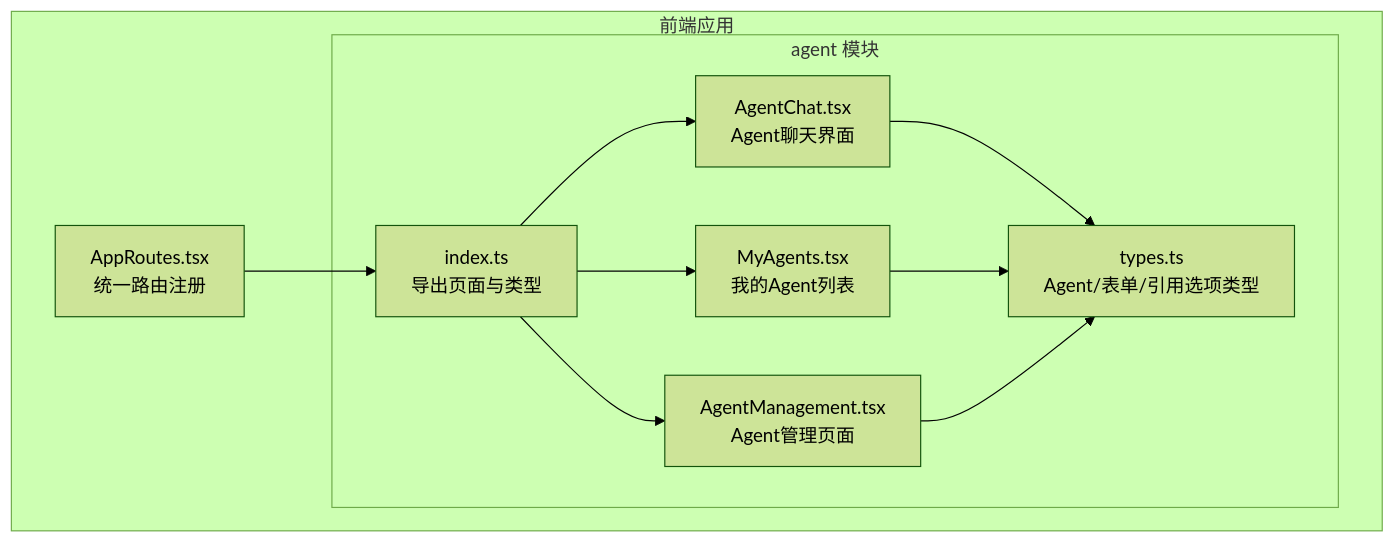
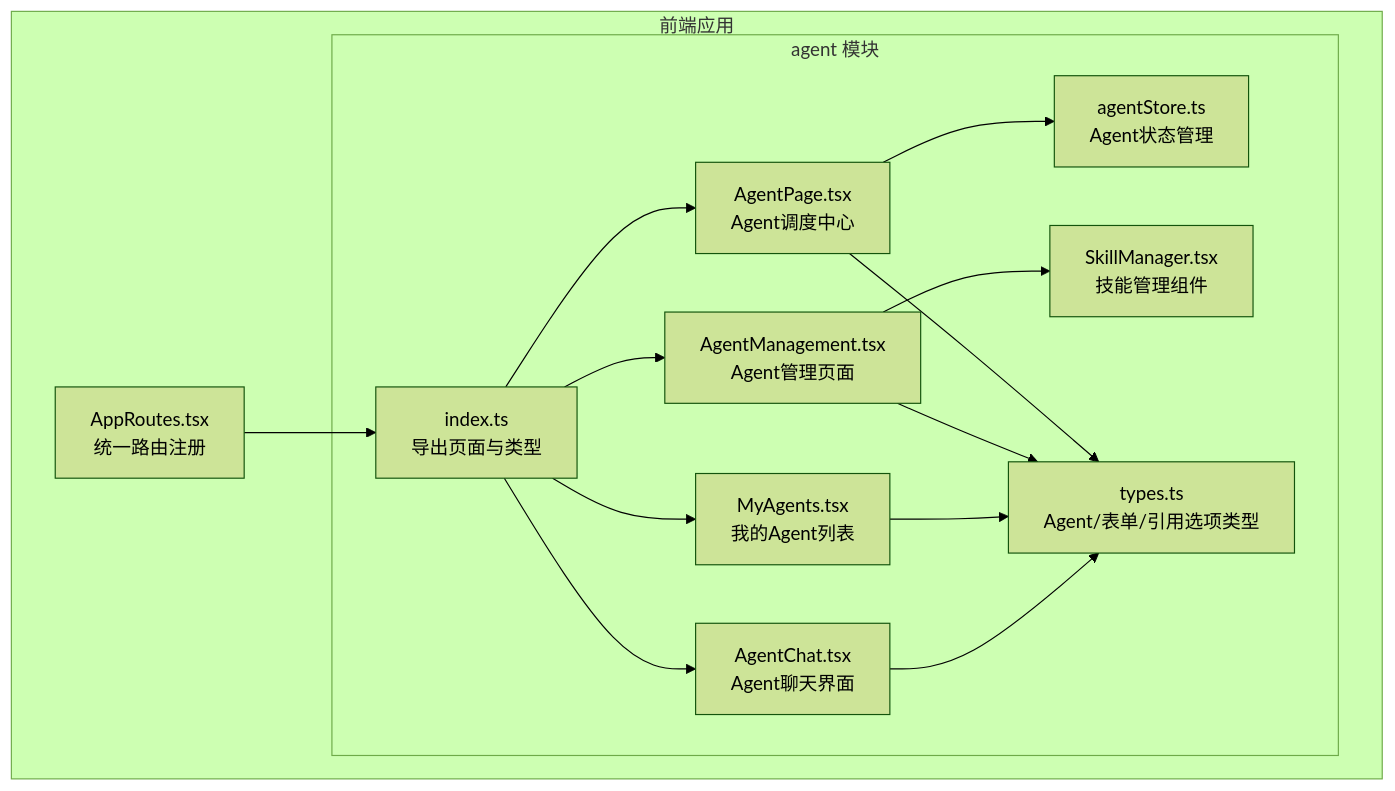
Before and after one commit to inier/ontology-graphiti: the first of 9 diagrams in .qoder/repowiki/zh/content/前端架构/业务模块前端实现/Agent模块.md, drawn with Mermaid (forest theme). The commit also changed other lines of this file and 64 other files, not shown here.

````diff
--- a/.qoder/repowiki/zh/content/前端架构/业务模块前端实现/Agent模块.md
+++ b/.qoder/repowiki/zh/content/前端架构/业务模块前端实现/Agent模块.md
@@ -38,20 +41,27 @@
 ```mermaid
 graph TB
 subgraph "前端应用"
 AR["AppRoutes.tsx<br/>统一路由注册"]
 subgraph "agent 模块"
 IDX["index.ts<br/>导出页面与类型"]
 TYP["types.ts<br/>Agent/表单/引用选项类型"]
 MA["MyAgents.tsx<br/>我的Agent列表"]
 AC["AgentChat.tsx<br/>Agent聊天界面"]
 AM["AgentManagement.tsx<br/>Agent管理页面"]
+AP["AgentPage.tsx<br/>Agent调度中心"]
+SK["SkillManager.tsx<br/>技能管理组件"]
+ST["agentStore.ts<br/>Agent状态管理"]
 end
 end
 AR --> IDX
 IDX --> MA
 IDX --> AC
 IDX --> AM
+IDX --> AP
+AP --> ST
+AM --> SK
 AC --> TYP
 MA --> TYP
 AM --> TYP
+AP --> TYP
 ```
````
